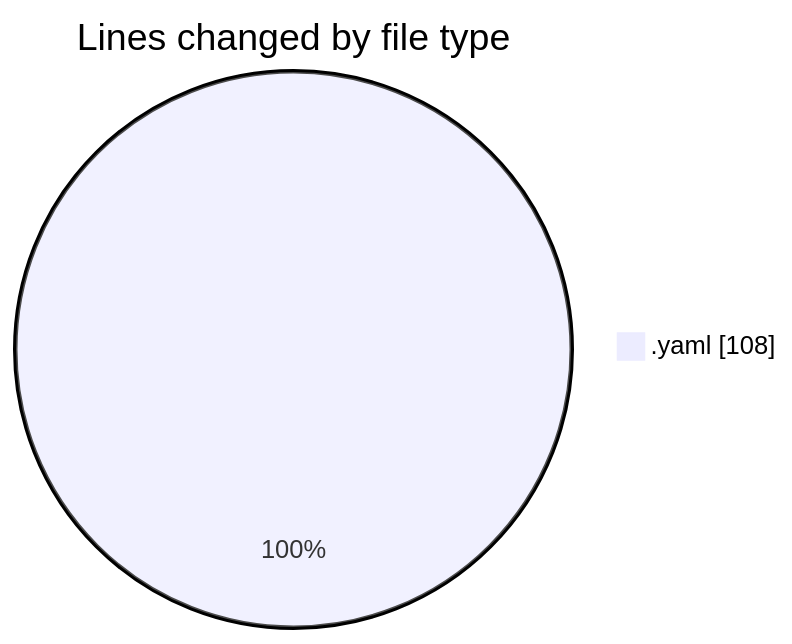
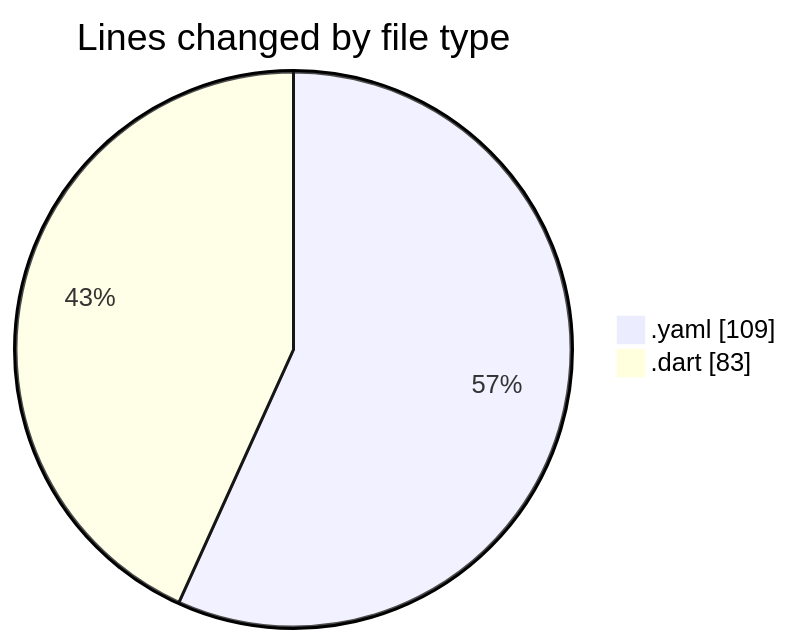
Before and after one commit to donsfak/code-tracking: the first of 2 diagrams in 2025-04-19/trackers_app/README.md, drawn with Mermaid. The commit also changed other lines of this file and 1 other file, not shown here.

````diff
--- a/2025-04-19/trackers_app/README.md
+++ b/2025-04-19/trackers_app/README.md
@@ -20,5 +21,6 @@
 ```mermaid
 pie showData
 title Lines changed by file type
-".yaml" : 108
+".yaml" : 109
+".dart" : 83
 ```
````
